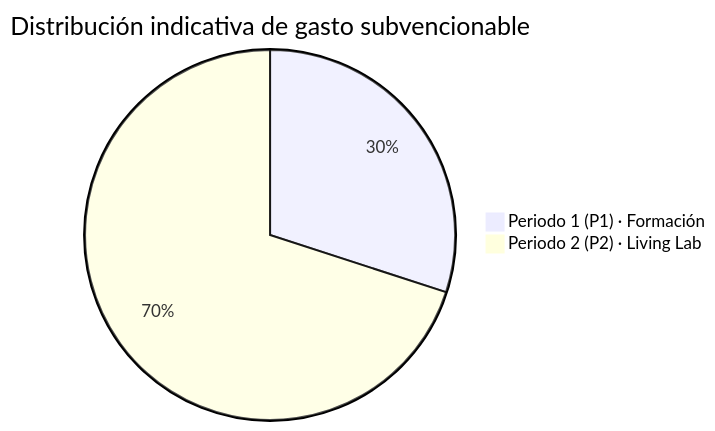
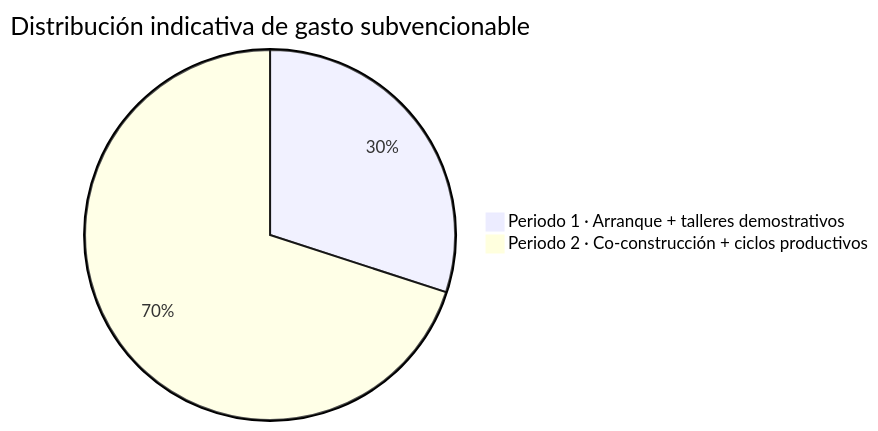
The second of 2 diagrams in NEB-ALCARRIA.md (elgeografo/neb-alcarria), drawn with Mermaid before and after one commit. The commit also changed other lines of this file and 35 other files, not shown here.

````diff
--- a/NEB-ALCARRIA.md
+++ b/NEB-ALCARRIA.md
@@ -211,5 +289,5 @@
 ```mermaid
 pie title Distribución indicativa de gasto subvencionable
-    "Periodo 1 (P1) · Formación" : 30
-    "Periodo 2 (P2) · Living Lab" : 70
+    "Periodo 1 · Arranque + talleres demostrativos" : 30
+    "Periodo 2 · Co-construcción + ciclos productivos" : 70
 ```
````
